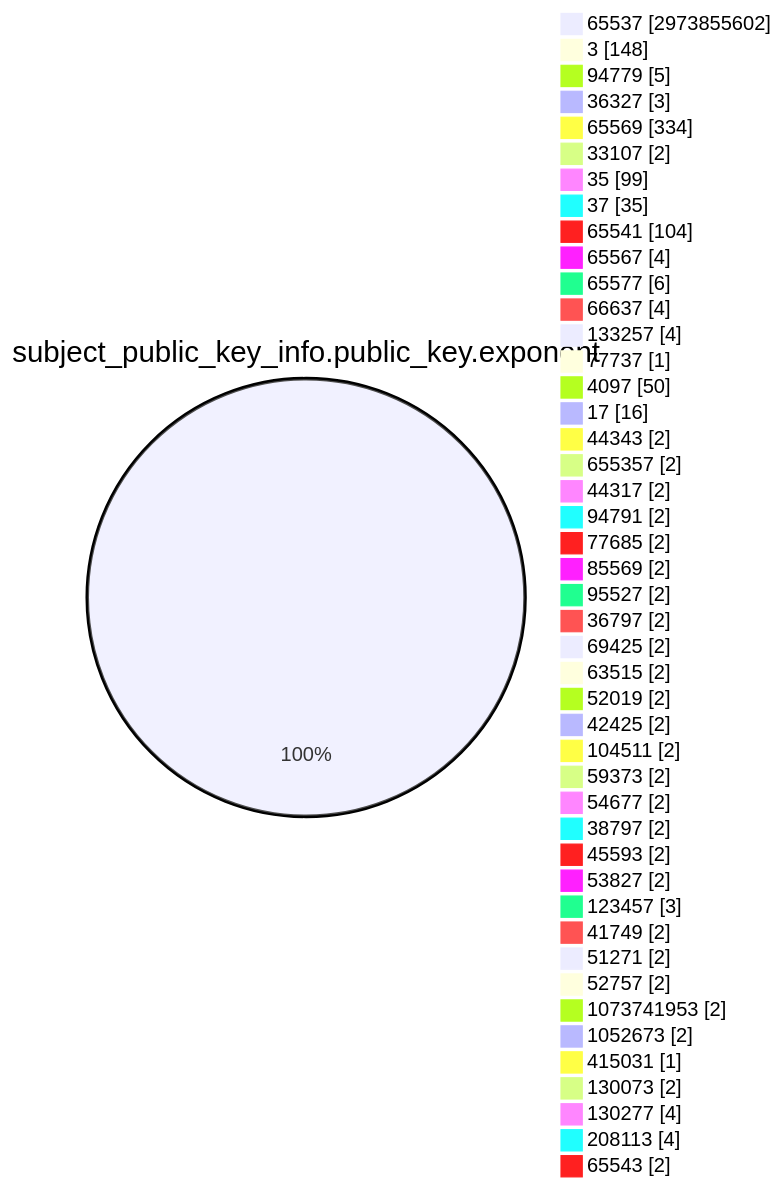
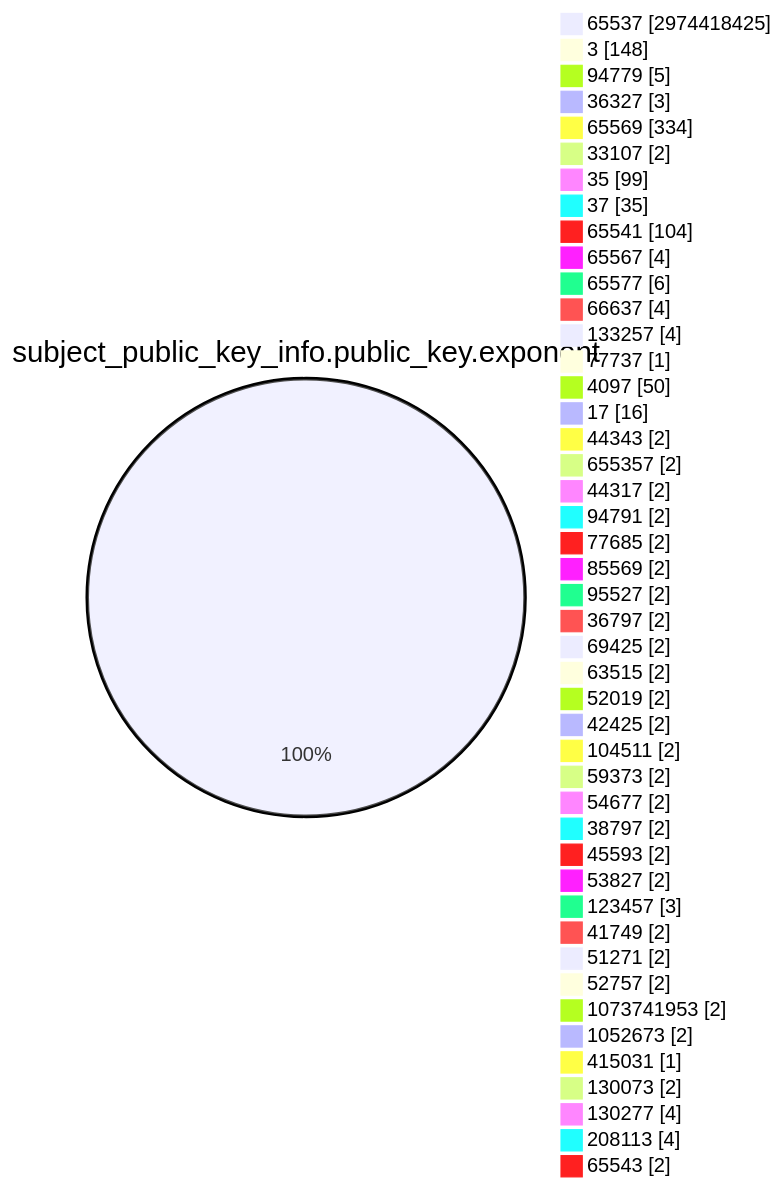
The fourth of 15 diagrams in TOTAL/README.md (christiankrug/ctmonitor_visualization), drawn with Mermaid before and after one commit. The commit also changed other lines of this file, not shown here.

````diff
--- a/TOTAL/README.md
+++ b/TOTAL/README.md
@@ -1471,49 +1471,49 @@
 ```mermaid
 pie showData
 title subject_public_key_info.public_key.exponent
-"65537" :2973855602
+"65537" :2974418425
 "3" :148
 "94779" :5
 "36327" :3
 "65569" :334
 "33107" :2
 "35" :99
 "37" :35
 "65541" :104
 "65567" :4
 "65577" :6
 "66637" :4
 "133257" :4
 "77737" :1
 "4097" :50
 "17" :16
 "44343" :2
 "655357" :2
 "44317" :2
 "94791" :2
 "77685" :2
 "85569" :2
 "95527" :2
 "36797" :2
 "69425" :2
 "63515" :2
 "52019" :2
 "42425" :2
 "104511" :2
 "59373" :2
 "54677" :2
 "38797" :2
 "45593" :2
 "53827" :2
 "123457" :3
 "41749" :2
 "51271" :2
 "52757" :2
 "1073741953" :2
 "1052673" :2
 "415031" :1
 "130073" :2
 "130277" :4
 "208113" :4
 "65543" :2
 ```
````
